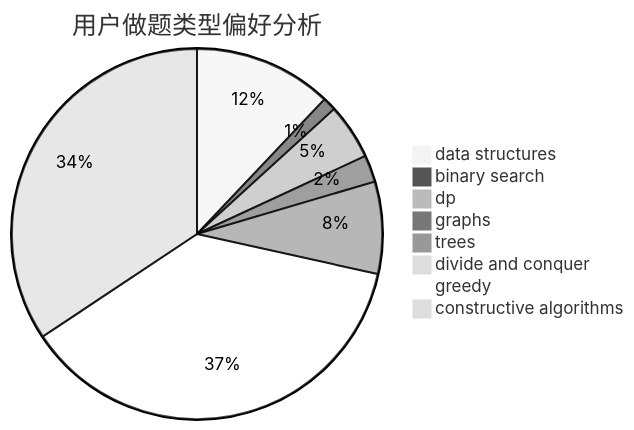
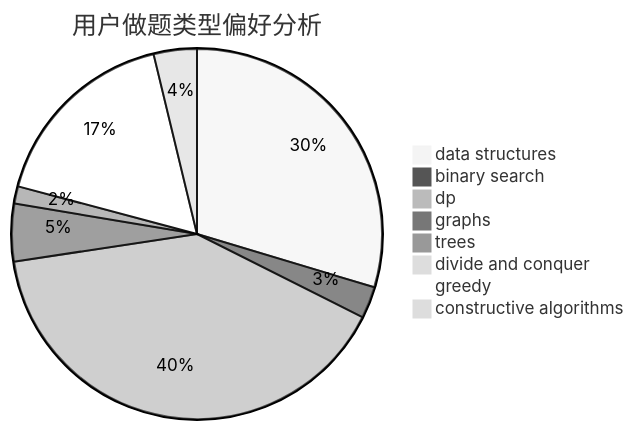
The second of 3 diagrams in docs/user/u648.md (sherpahu/cfrs.github.io), drawn with Mermaid (neutral theme) before and after one commit. The commit also changed other lines of this file and 2770 other files, not shown here.

````diff
--- a/docs/user/u648.md
+++ b/docs/user/u648.md
@@ -23,11 +23,11 @@
 ```mermaid
 pie title 用户做题类型偏好分析
-    "data structures" :  72
-    "binary search" :  7
-    "dp" :  29
-    "graphs" :  14
-    "trees" :  48
-    "divide and conquer" :  3
-    "greedy" :  222
-    "constructive algorithms" :  205
+    "data structures" :  118
+    "binary search" :  11
+    "dp" :  160
+    "graphs" :  20
+    "trees" :  6
+    "divide and conquer" :  0
+    "greedy" :  68
+    "constructive algorithms" :  15
 ```
````
